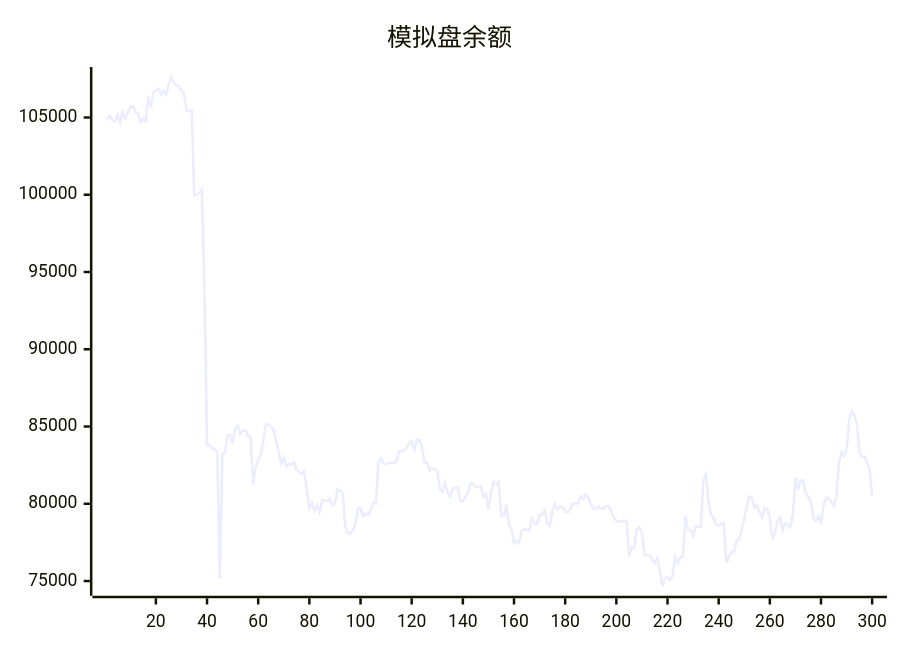
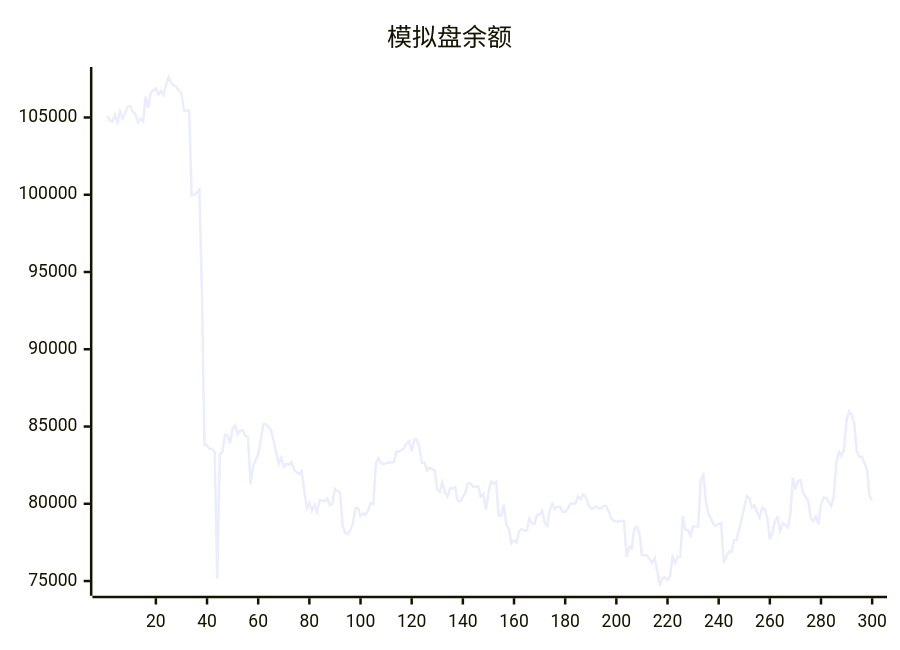
Before and after one commit to aahl/ai-trading: the diagram in README.md, drawn with Mermaid. The commit also changed other lines of this file and 1 other file, not shown here.

````diff
--- a/README.md
+++ b/README.md
@@ -5,5 +5,5 @@
 ```mermaid
 xychart
     title "模拟盘余额"
-    line [104876,105103,104796,104734,105169,104690,105380,104941,105272,105709,105739,105374,105227,104691,104924,104762,106364,105628,106608,106748,106872,106485,106721,106468,107132,107620,107224,107080,107001,106717,106567,105431,105431,105440,99950,100017,100113,100337,93749,83795,83807,83567,83567,83342,75168,83222,83336,84448,84449,83896,84839,85065,84499,84757,84757,84364,84347,81254,82385,82835,83184,84099,85150,85150,85002,84751,84096,83356,82582,82983,82404,82572,82512,82688,82200,82047,81920,82125,80840,79688,80060,79552,79920,79470,80236,80208,80170,80336,79894,80006,80954,80837,80712,78561,78139,78037,78293,78682,79720,79720,79214,79372,79279,79591,80046,79993,82625,82950,82626,82571,82633,82670,82670,82681,83386,83378,83464,83579,83920,84037,83402,84160,84142,83652,82655,82655,82145,82315,82243,82163,80934,80770,81371,80742,80468,80989,80989,81067,80191,80155,80450,80737,81309,81309,81106,81119,81119,80471,80631,79624,80670,81448,81290,81429,79212,79222,79940,78643,78380,77432,77623,77504,78235,78358,78284,78277,79048,78714,78714,79290,79308,79567,78763,78563,79603,79988,79652,79813,79813,79476,79469,79673,79995,80015,80015,80486,80314,80600,80436,79966,79689,79689,79819,79692,79692,79850,79850,79518,79071,78889,78850,78850,78878,78878,76554,77202,77103,78357,78510,78106,76678,76677,76672,76411,76159,76485,75656,74695,75197,75246,75052,75334,76564,76179,76553,76551,79196,78300,78300,77944,78531,78531,78521,81564,81884,80160,79335,79055,78675,78580,78708,78764,76179,76586,76902,76876,77658,77669,78346,79023,79769,80497,80366,79761,79896,79448,79126,79749,79658,79097,77695,78114,78888,79126,78249,78738,78653,78478,79271,81680,80923,81488,81527,80681,80455,80190,79084,78879,79193,78686,79954,80403,80374,80118,79848,80491,82665,83351,83098,83525,85430,85983,85737,85221,83378,83014,83043,82613,82216,80477]
+    line [105103,104796,104734,105169,104690,105380,104941,105272,105709,105739,105374,105227,104691,104924,104762,106364,105628,106608,106748,106872,106485,106721,106468,107132,107620,107224,107080,107001,106717,106567,105431,105431,105440,99950,100017,100113,100337,93749,83795,83807,83567,83567,83342,75168,83222,83336,84448,84449,83896,84839,85065,84499,84757,84757,84364,84347,81254,82385,82835,83184,84099,85150,85150,85002,84751,84096,83356,82582,82983,82404,82572,82512,82688,82200,82047,81920,82125,80840,79688,80060,79552,79920,79470,80236,80208,80170,80336,79894,80006,80954,80837,80712,78561,78139,78037,78293,78682,79720,79720,79214,79372,79279,79591,80046,79993,82625,82950,82626,82571,82633,82670,82670,82681,83386,83378,83464,83579,83920,84037,83402,84160,84142,83652,82655,82655,82145,82315,82243,82163,80934,80770,81371,80742,80468,80989,80989,81067,80191,80155,80450,80737,81309,81309,81106,81119,81119,80471,80631,79624,80670,81448,81290,81429,79212,79222,79940,78643,78380,77432,77623,77504,78235,78358,78284,78277,79048,78714,78714,79290,79308,79567,78763,78563,79603,79988,79652,79813,79813,79476,79469,79673,79995,80015,80015,80486,80314,80600,80436,79966,79689,79689,79819,79692,79692,79850,79850,79518,79071,78889,78850,78850,78878,78878,76554,77202,77103,78357,78510,78106,76678,76677,76672,76411,76159,76485,75656,74695,75197,75246,75052,75334,76564,76179,76553,76551,79196,78300,78300,77944,78531,78531,78521,81564,81884,80160,79335,79055,78675,78580,78708,78764,76179,76586,76902,76876,77658,77669,78346,79023,79769,80497,80366,79761,79896,79448,79126,79749,79658,79097,77695,78114,78888,79126,78249,78738,78653,78478,79271,81680,80923,81488,81527,80681,80455,80190,79084,78879,79193,78686,79954,80403,80374,80118,79848,80491,82665,83351,83098,83525,85430,85983,85737,85221,83378,83014,83043,82613,82216,80477,80208]
 ```
````
